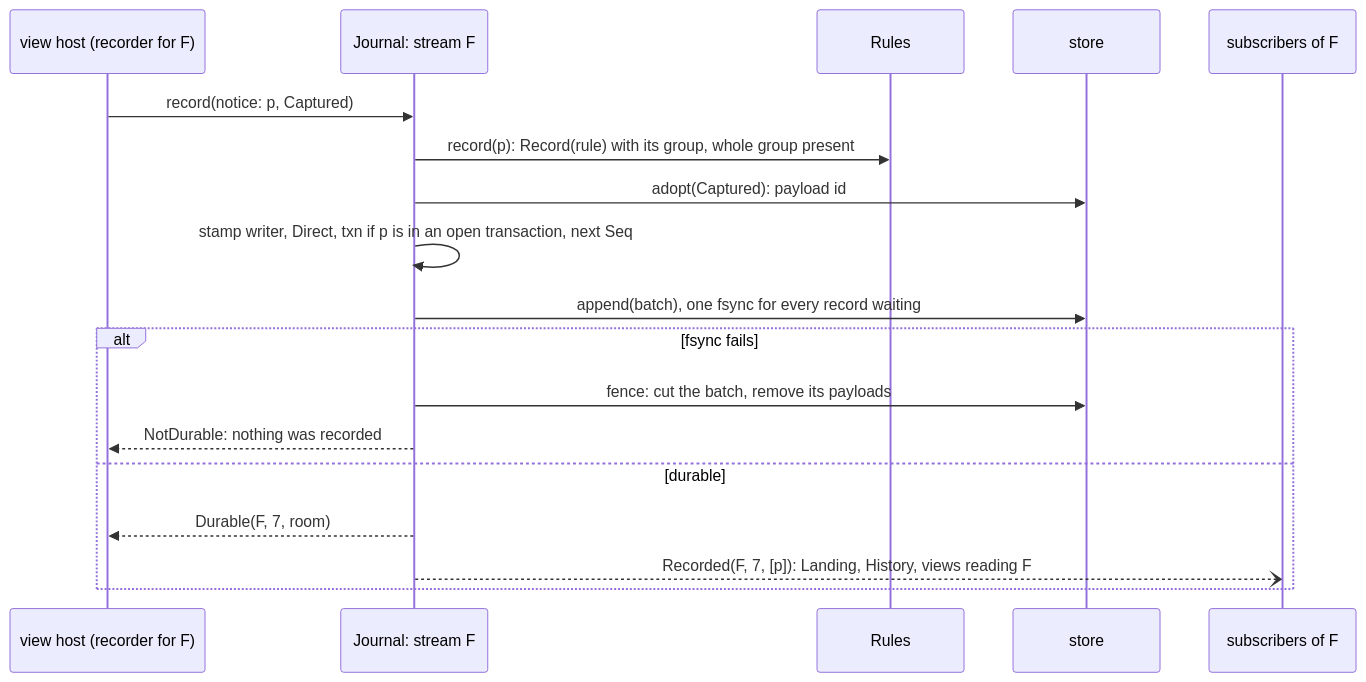
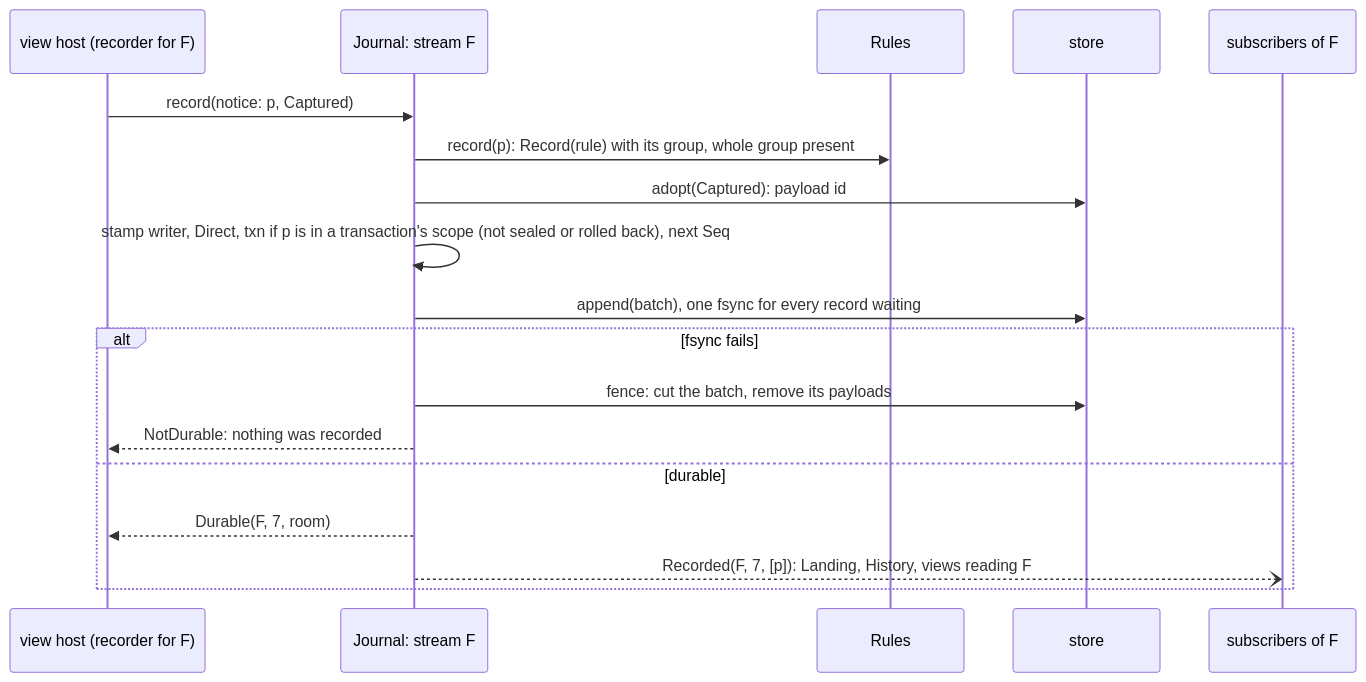
One commit to mcurcio/agentfs changed the fifth of 5 diagrams in docs/target-architecture/domains/journal.md. Above: the diagram before and after it, drawn with Mermaid. The commit also changed other lines of this file and 9 other files, not shown here.

First line of the commit message:
docs: lock transaction files and roll failed transactions back

````diff
--- a/docs/target-architecture/domains/journal.md
+++ b/docs/target-architecture/domains/journal.md
@@ -245,20 +248,20 @@
 ```mermaid
 sequenceDiagram
   participant V as view host (recorder for F)
   participant J as Journal: stream F
   participant R as Rules
   participant S as store
   participant Sub as subscribers of F
   V->>J: record(notice: p, Captured)
   J->>R: record(p): Record(rule) with its group, whole group present
   J->>S: adopt(Captured): payload id
-  J->>J: stamp writer, Direct, txn if p is in an open transaction, next Seq
+  J->>J: stamp writer, Direct, txn if p is in a transaction's scope (not sealed or rolled back), next Seq
   J->>S: append(batch), one fsync for every record waiting
   alt fsync fails
     J->>S: fence: cut the batch, remove its payloads
     J-->>V: NotDurable: nothing was recorded
   else durable
     J-->>V: Durable(F, 7, room)
     J--)Sub: Recorded(F, 7, [p]): Landing, History, views reading F
   end
 ```
````
